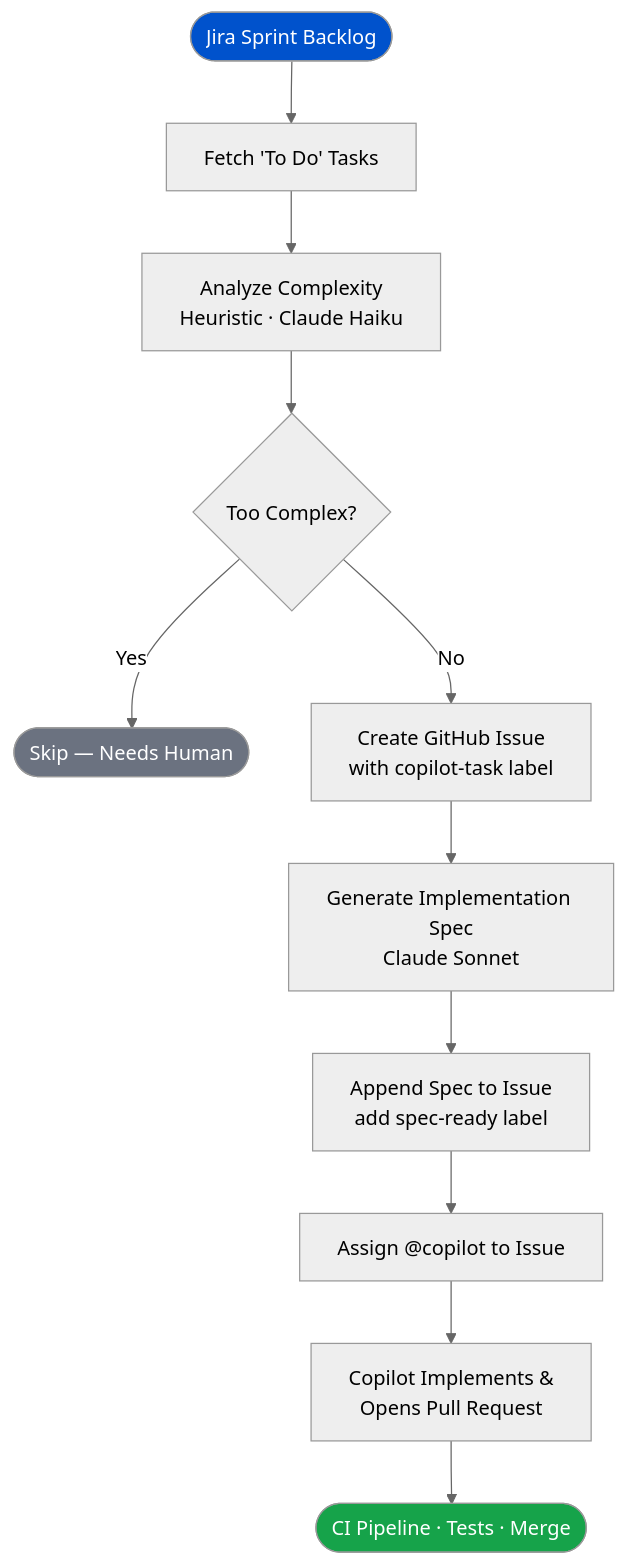
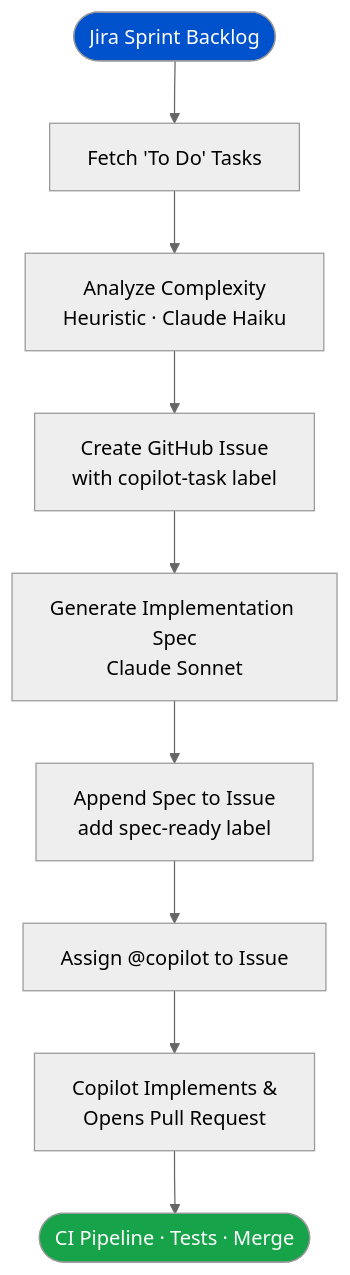
The diagram in README.md (marcusicaro/autonomous-dev-pipeline), drawn with Mermaid (neutral theme) before and after one commit.

Commit message:
docs: remove skip-human branch from mermaid diagram

````diff
--- a/README.md
+++ b/README.md
@@ -9,17 +9,14 @@
 ```mermaid
 flowchart TD
     A([Jira Sprint Backlog]) --> B[Fetch 'To Do' Tasks]
     B --> C[Analyze Complexity\nHeuristic · Claude Haiku]
-    C --> D{Too Complex?}
-    D -- Yes --> E([Skip — Needs Human])
-    D -- No --> F[Create GitHub Issue\nwith copilot-task label]
+    C --> F[Create GitHub Issue\nwith copilot-task label]
     F --> G[Generate Implementation Spec\nClaude Sonnet]
     G --> H[Append Spec to Issue\nadd spec-ready label]
     H --> I[Assign @copilot to Issue]
     I --> J[Copilot Implements &\nOpens Pull Request]
     J --> K([CI Pipeline · Tests · Merge])
 
     style A fill:#0052CC,color:#fff
-    style E fill:#6B7280,color:#fff
     style K fill:#16A34A,color:#fff
 ```
````
